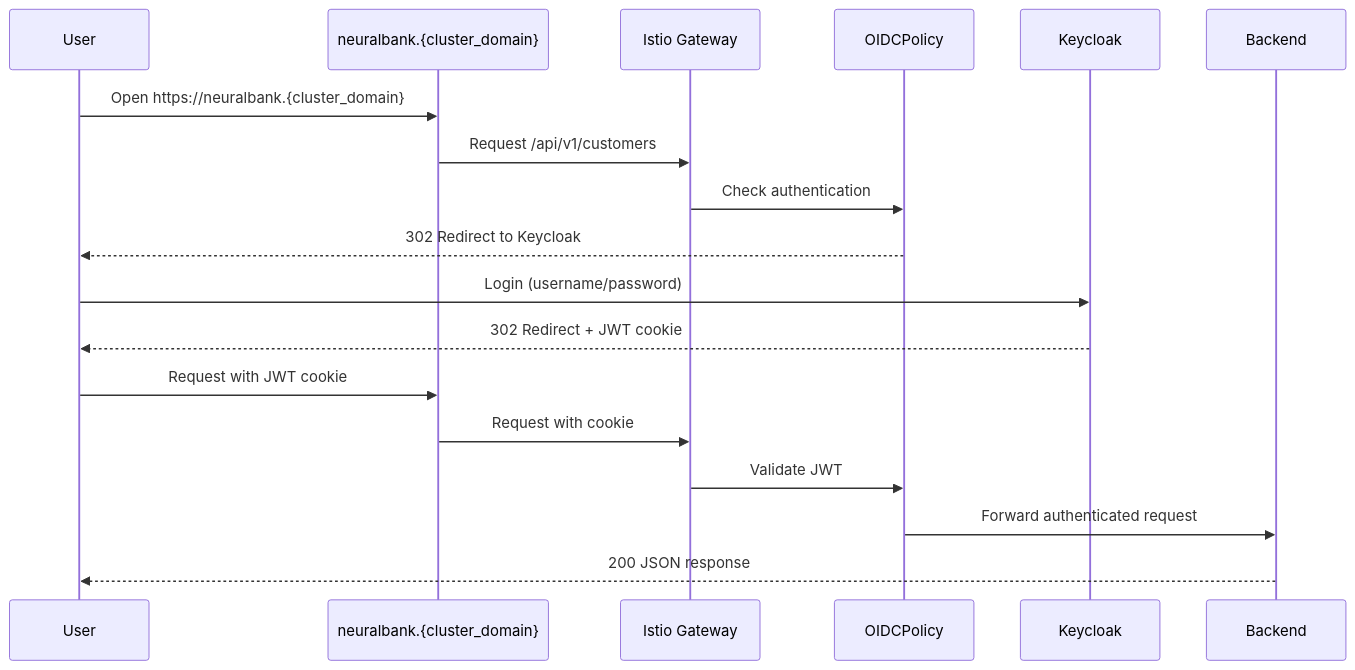
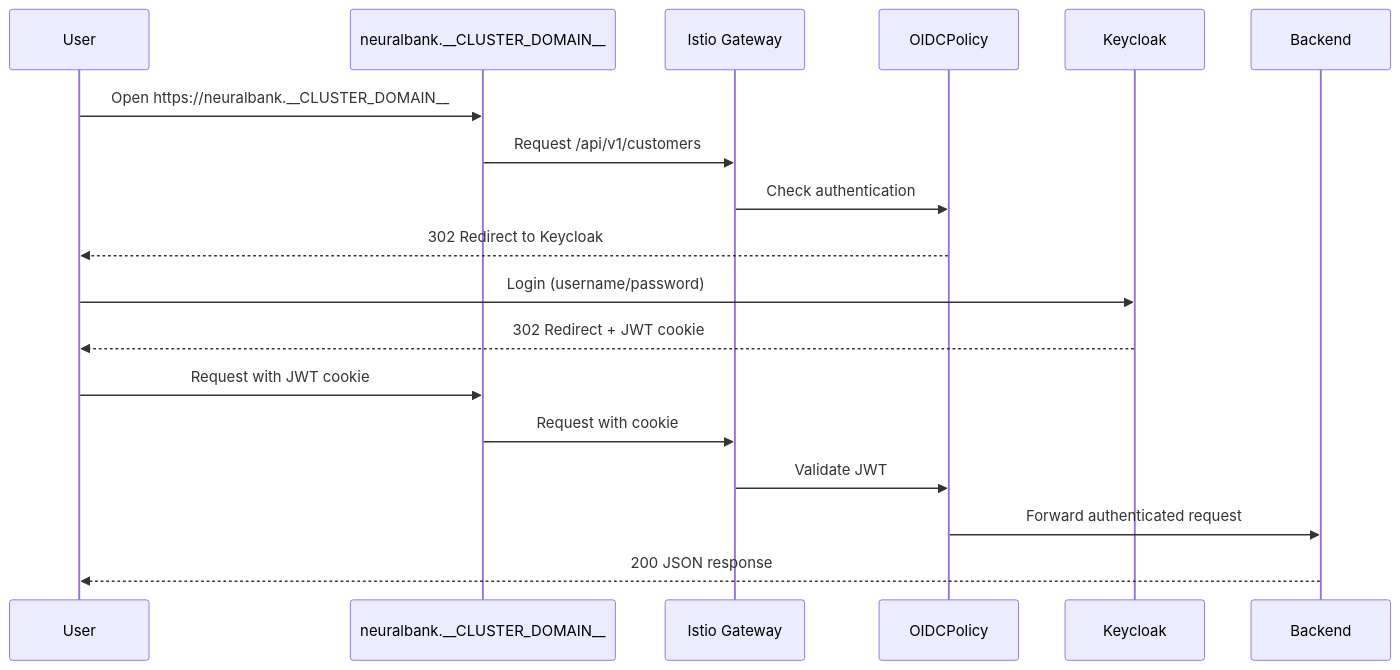
Before and after one commit to maximilianoPizarro/showroom-from-zero-to-hero: the diagram in content/modules/ROOT/pages/09-explore-connectivity-link-oidc.adoc, drawn with Mermaid. The commit also changed other lines of this file and 12 other files, not shown here.

First line of the commit message:
fix: placeholders, mermaid extension, URL patterns, ArgoCD CD tab

```diff
--- a/content/modules/ROOT/pages/09-explore-connectivity-link-oidc.adoc
+++ b/content/modules/ROOT/pages/09-explore-connectivity-link-oidc.adoc
@@ -99,22 +99,22 @@
 [mermaid]
 ....
 sequenceDiagram
     participant User
-    participant Frontend as neuralbank.{cluster_domain}
+    participant Frontend as neuralbank.__CLUSTER_DOMAIN__
     participant Gateway as Istio Gateway
     participant OIDC as OIDCPolicy
     participant Keycloak
     participant Backend
 
-    User->>Frontend: Open https://neuralbank.{cluster_domain}
+    User->>Frontend: Open https://neuralbank.__CLUSTER_DOMAIN__
     Frontend->>Gateway: Request /api/v1/customers
     Gateway->>OIDC: Check authentication
     OIDC-->>User: 302 Redirect to Keycloak
     User->>Keycloak: Login (username/password)
     Keycloak-->>User: 302 Redirect + JWT cookie
     User->>Frontend: Request with JWT cookie
     Frontend->>Gateway: Request with cookie
     Gateway->>OIDC: Validate JWT
     OIDC->>Backend: Forward authenticated request
     Backend-->>User: 200 JSON response
 ....
```
